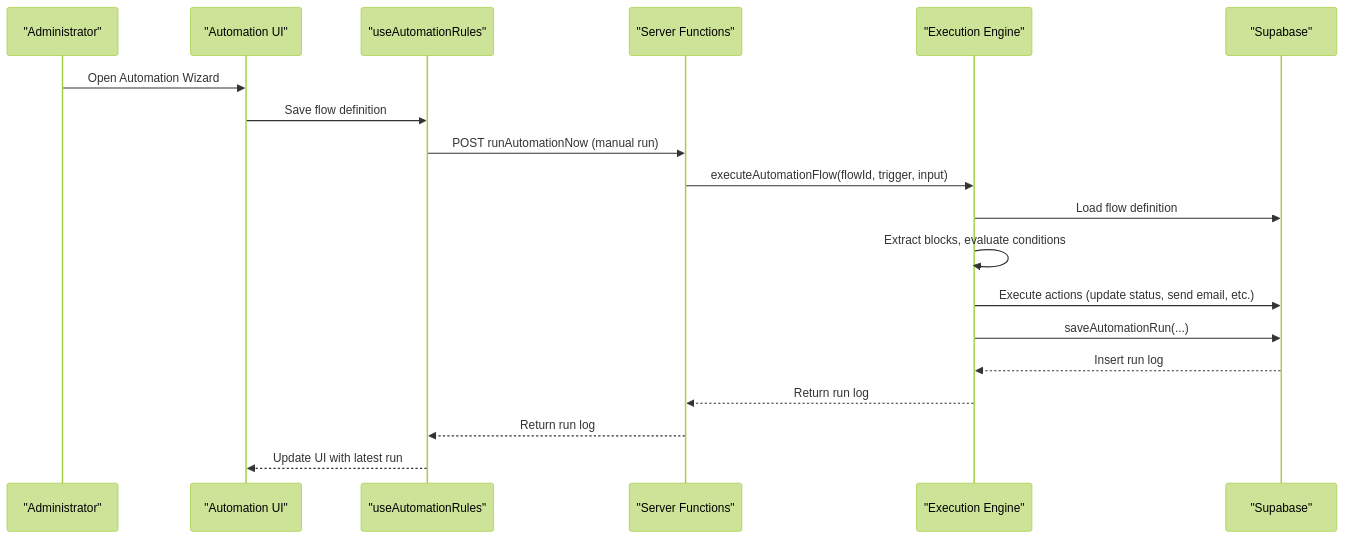
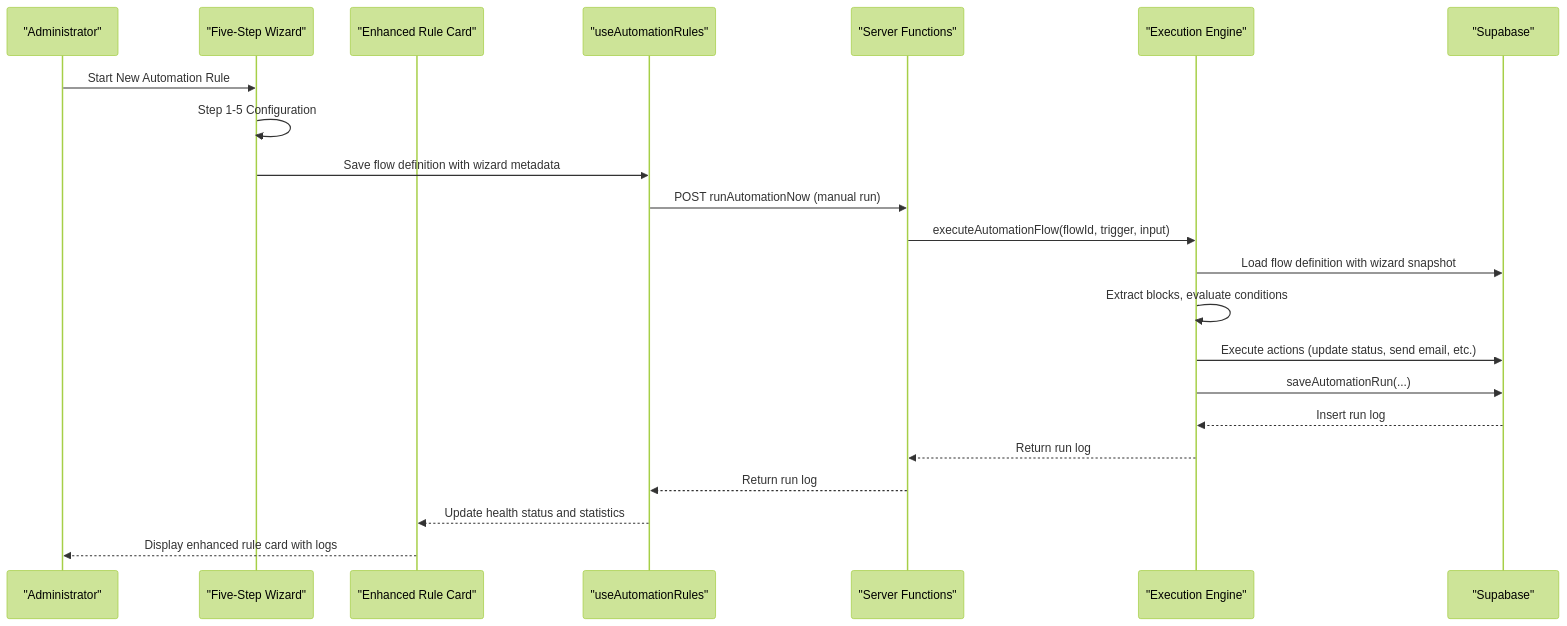
One commit to gastaldellomarco/pcReady changed the second of 11 diagrams in .qoder/repowiki/en/content/Automation System/Automation System.md. Above: the diagram before and after it, drawn with Mermaid (forest theme). The commit also changed other lines of this file and 19 other files, not shown here.

First line of the commit message:
feat(automation): enhance Automation Flow Builder with dual-mode design and advanced UI

````diff
--- a/.qoder/repowiki/en/content/Automation System/Automation System.md
+++ b/.qoder/repowiki/en/content/Automation System/Automation System.md
@@ -111,21 +153,24 @@
 ```mermaid
 sequenceDiagram
 participant Admin as "Administrator"
-participant UI as "Automation UI"
+participant Wizard as "Five-Step Wizard"
+participant Card as "Enhanced Rule Card"
 participant Hook as "useAutomationRules"
 participant API as "Server Functions"
 participant Exec as "Execution Engine"
 participant DB as "Supabase"
-Admin->>UI : Open Automation Wizard
-UI->>Hook : Save flow definition
+Admin->>Wizard : Start New Automation Rule
+Wizard->>Wizard : Step 1-5 Configuration
+Wizard->>Hook : Save flow definition with wizard metadata
 Hook->>API : POST runAutomationNow (manual run)
 API->>Exec : executeAutomationFlow(flowId, trigger, input)
-Exec->>DB : Load flow definition
+Exec->>DB : Load flow definition with wizard snapshot
 Exec->>Exec : Extract blocks, evaluate conditions
 Exec->>DB : Execute actions (update status, send email, etc.)
 Exec->>DB : saveAutomationRun(...)
 DB-->>Exec : Insert run log
 Exec-->>API : Return run log
 API-->>Hook : Return run log
-Hook-->>UI : Update UI with latest run
+Hook-->>Card : Update health status and statistics
+Card-->>Admin : Display enhanced rule card with logs
 ```
````
